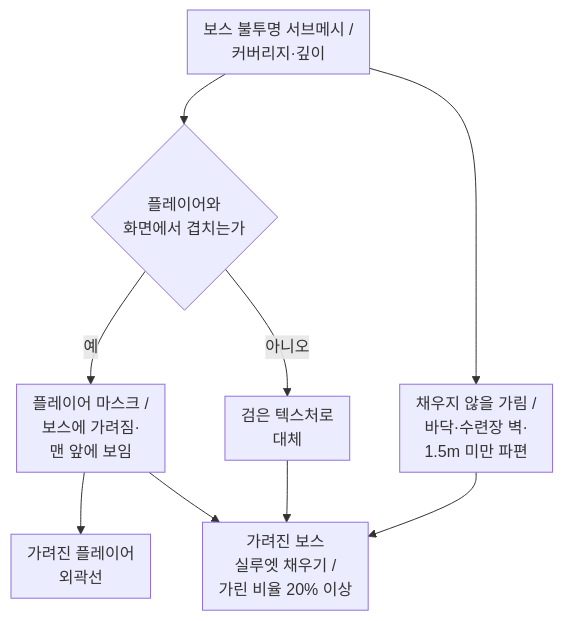
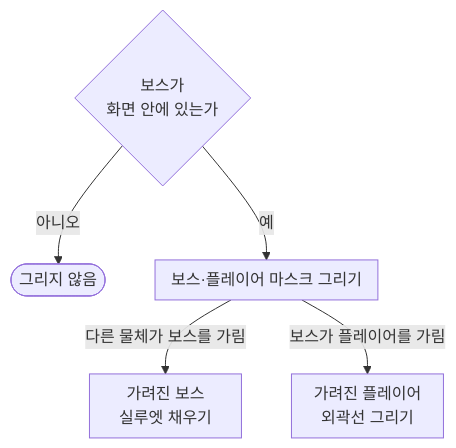
Diagram 14 of 15 in src/1-ODDITY/TechDoc_ODDITY.md (keeeery/portfolio), drawn with Mermaid before and after one commit. The commit also changed other lines of this file and 8 other files, not shown here.

Commit message:
프로젝트 문서: ODDITY 문구·다이어그램 다듬기, 슬라이드 장면 보강, 데이터 다시 빌드

````diff
--- a/src/1-ODDITY/TechDoc_ODDITY.md
+++ b/src/1-ODDITY/TechDoc_ODDITY.md
@@ -1515,16 +1521,15 @@
 ```mermaid
 %%{init: {"flowchart": {"padding": 8}}}%%
 flowchart TB
-    Boss[보스 불투명 서브메시 /<br>커버리지·깊이] --> Player{플레이어와<br>화면에서 겹치는가}
-    Player -->|예| PMask[플레이어 마스크 /<br>보스에 가려짐·<br>맨 앞에 보임]
-    Player -->|아니오| Black[검은 텍스처로<br>대체]
-    Boss --> Ignore[채우지 않을 가림 /<br>바닥·수련장 벽·<br>1.5m 미만 파편]
-    PMask --> Outline[가려진 플레이어<br>외곽선]
-    PMask --> Fill[가려진 보스<br>실루엣 채우기 /<br>가린 비율 20% 이상]
-    Black --> Fill
-    Ignore --> Fill
-%% 격자: Boss Player - - | Ignore Black PMask Outline | - Fill - -
-%% 화살표 Player -> PMask: 나감=오른쪽 들어감=위
-%% 화살표 PMask -> Fill: 나감=아래 들어감=오른쪽
-%% 화살표 Ignore -> Fill: 나감=아래 들어감=왼쪽
+    InView{보스가<br>화면 안에 있는가}
+    InView -->|아니오| None([그리지 않음])
+    InView -->|예| Mask[보스·플레이어 마스크 그리기]
+    Mask -->|다른 물체가 보스를 가림| Fill["<div style=width:120px>가려진 보스<br>실루엣 채우기</div>"]
+    Mask -->|보스가 플레이어를 가림| Outline["<div style=width:120px>가려진 플레이어<br>외곽선 그리기</div>"]
+%% 격자: InView InView | Mask Mask | Fill Outline
+%% 격자 밖: None
+%% 화살표 InView -> None: 나감=오른쪽 들어감=왼쪽
+%% 화살표 InView -> Mask: 나감=아래 들어감=위
+%% 화살표 Mask -> Fill: 나감=아래 들어감=위 자리=76
+%% 화살표 Mask -> Outline: 나감=아래 들어감=위 자리=268
 ```
````
